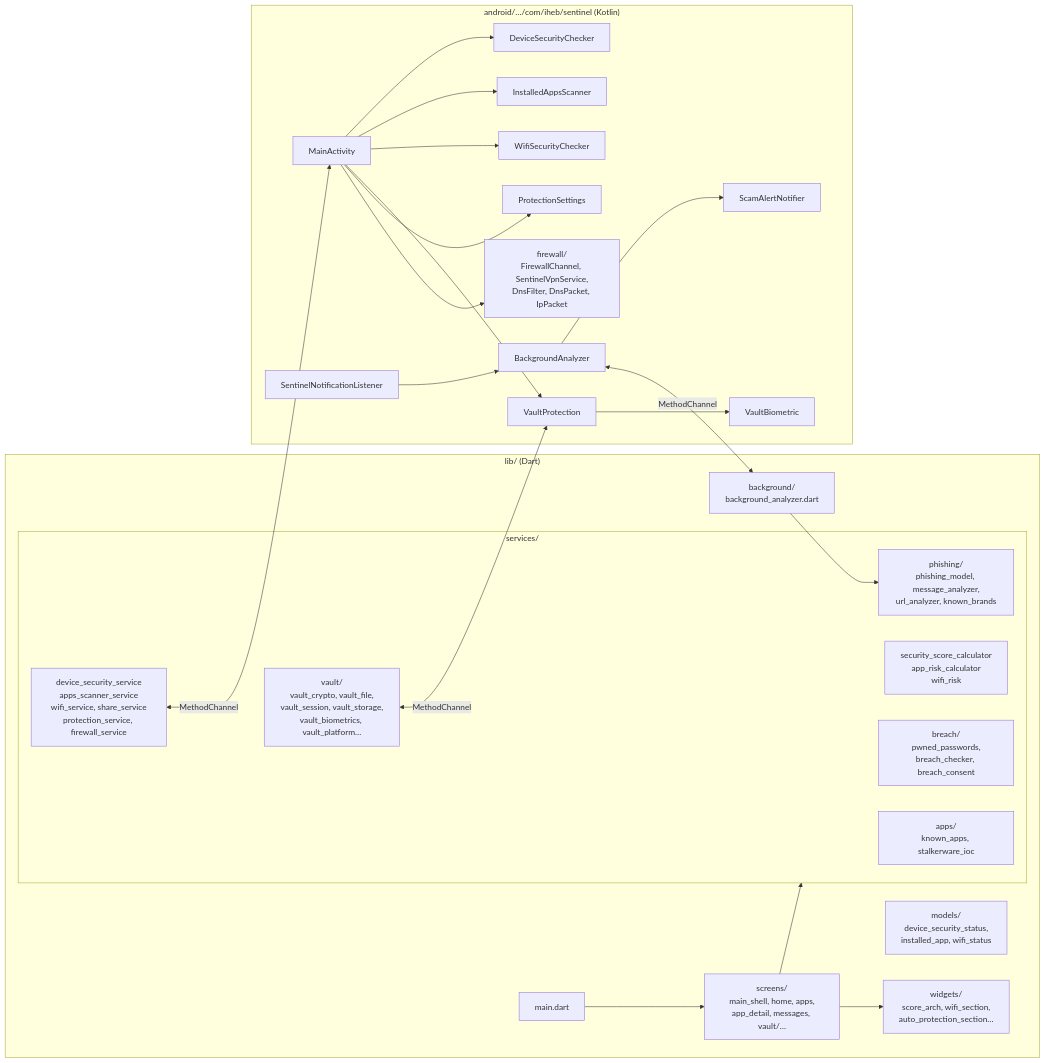
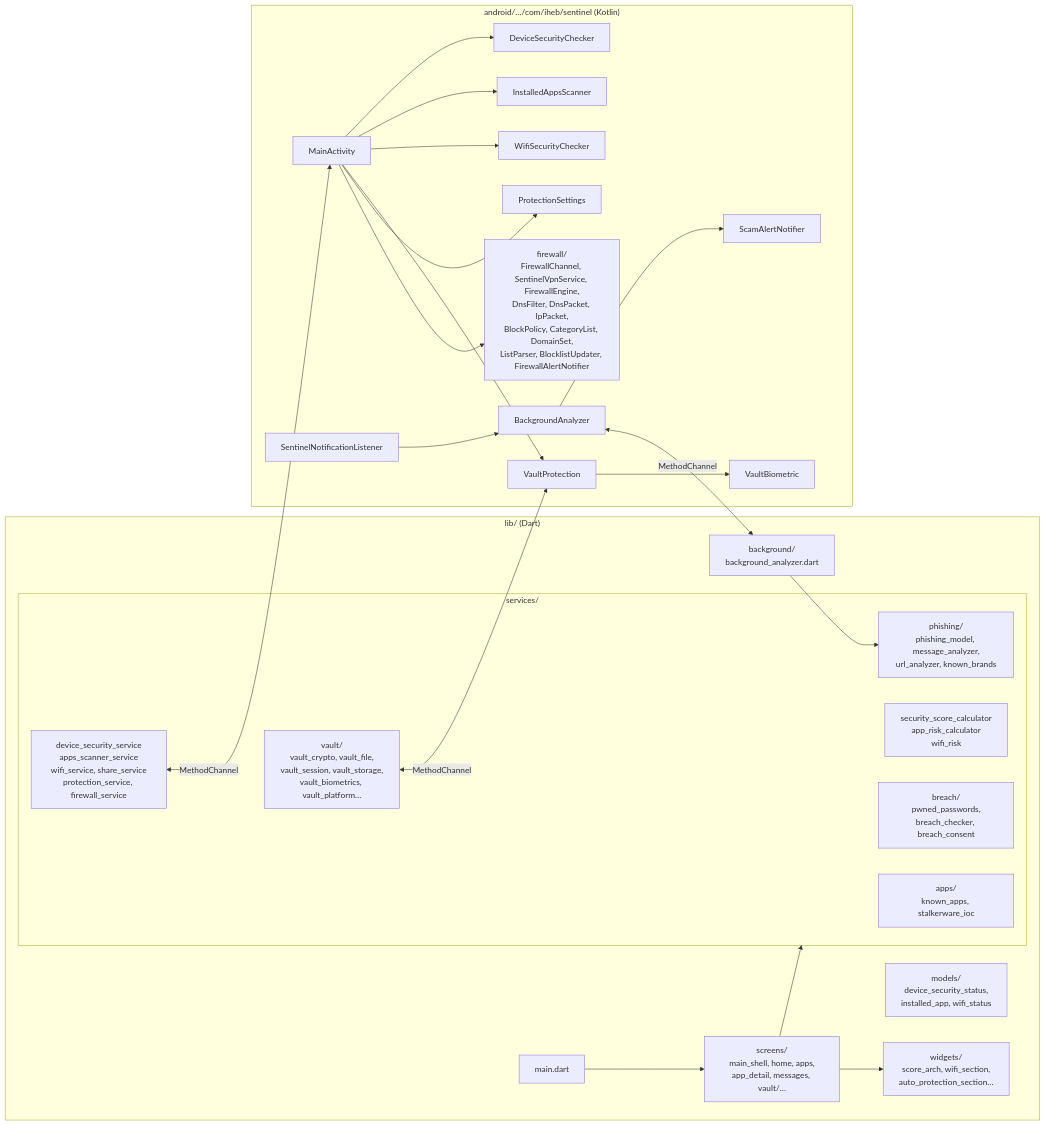
The first of 7 diagrams in docs/ARCHITECTURE.md (Ihebnsir/sentinel), drawn with Mermaid before and after one commit. The commit also changed other lines of this file and 40 other files, not shown here.

````diff
--- a/docs/ARCHITECTURE.md
+++ b/docs/ARCHITECTURE.md
@@ -11,42 +11,42 @@
 ```mermaid
 flowchart LR
   subgraph Dart["lib/ (Dart)"]
     main["main.dart"]
     screens["screens/<br/>main_shell, home, apps,<br/>app_detail, messages, vault/…"]
     widgets["widgets/<br/>score_arch, wifi_section,<br/>auto_protection_section…"]
     models["models/<br/>device_security_status,<br/>installed_app, wifi_status"]
     subgraph services["services/"]
       calc["security_score_calculator<br/>app_risk_calculator<br/>wifi_risk"]
       phishing["phishing/<br/>phishing_model, message_analyzer,<br/>url_analyzer, known_brands"]
       vault["vault/<br/>vault_crypto, vault_file,<br/>vault_session, vault_storage,<br/>vault_biometrics, vault_platform…"]
       breach["breach/<br/>pwned_passwords,<br/>breach_checker, breach_consent"]
       appsdb["apps/<br/>known_apps, stalkerware_ioc"]
       bridges["device_security_service<br/>apps_scanner_service<br/>wifi_service, share_service<br/>protection_service, firewall_service"]
     end
     background["background/<br/>background_analyzer.dart"]
   end
 
   subgraph Kotlin["android/…/com/iheb/sentinel (Kotlin)"]
     activity["MainActivity"]
     dev["DeviceSecurityChecker"]
     apps["InstalledAppsScanner"]
     wifi["WifiSecurityChecker"]
     vp["VaultProtection"]
     bio["VaultBiometric"]
     listener["SentinelNotificationListener"]
     bg["BackgroundAnalyzer"]
     notif["ScamAlertNotifier"]
     prefs["ProtectionSettings"]
-    fw["firewall/<br/>FirewallChannel, SentinelVpnService,<br/>DnsFilter, DnsPacket, IpPacket"]
+    fw["firewall/<br/>FirewallChannel, SentinelVpnService, FirewallEngine,<br/>DnsFilter, DnsPacket, IpPacket,<br/>BlockPolicy, CategoryList, DomainSet,<br/>ListParser, BlocklistUpdater, FirewallAlertNotifier"]
   end
 
   main --> screens --> widgets
   screens --> services
   bridges <-->|MethodChannel| activity
   vault <-->|MethodChannel| vp
   activity --> dev & apps & wifi & vp & prefs & fw
   vp --> bio
   listener --> bg --> notif
   bg <-->|MethodChannel| background
   background --> phishing
 ```
````
